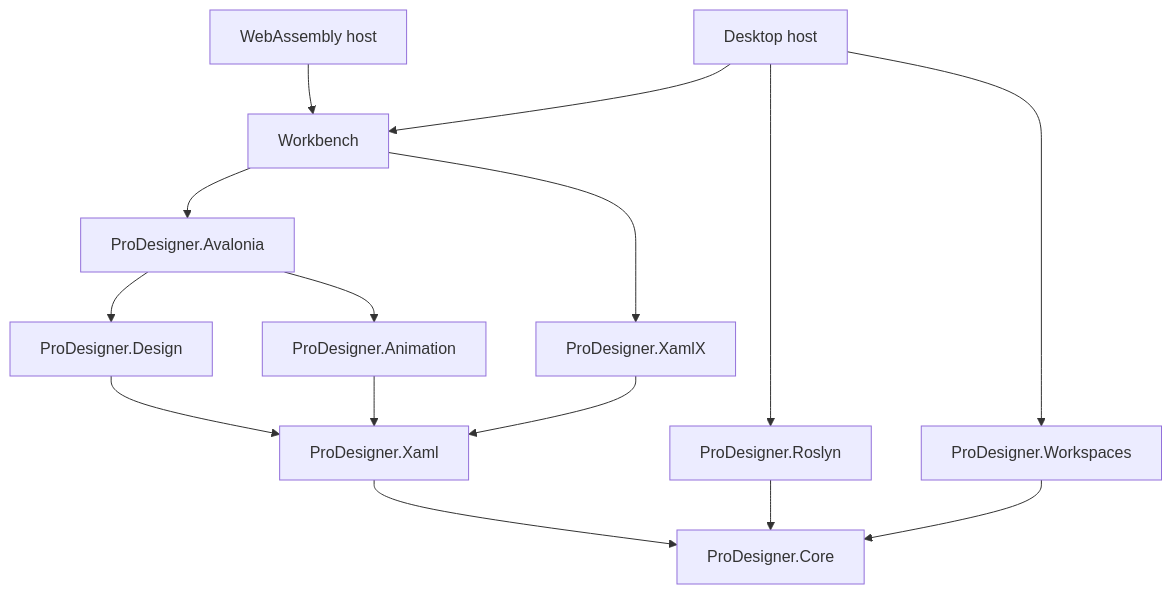
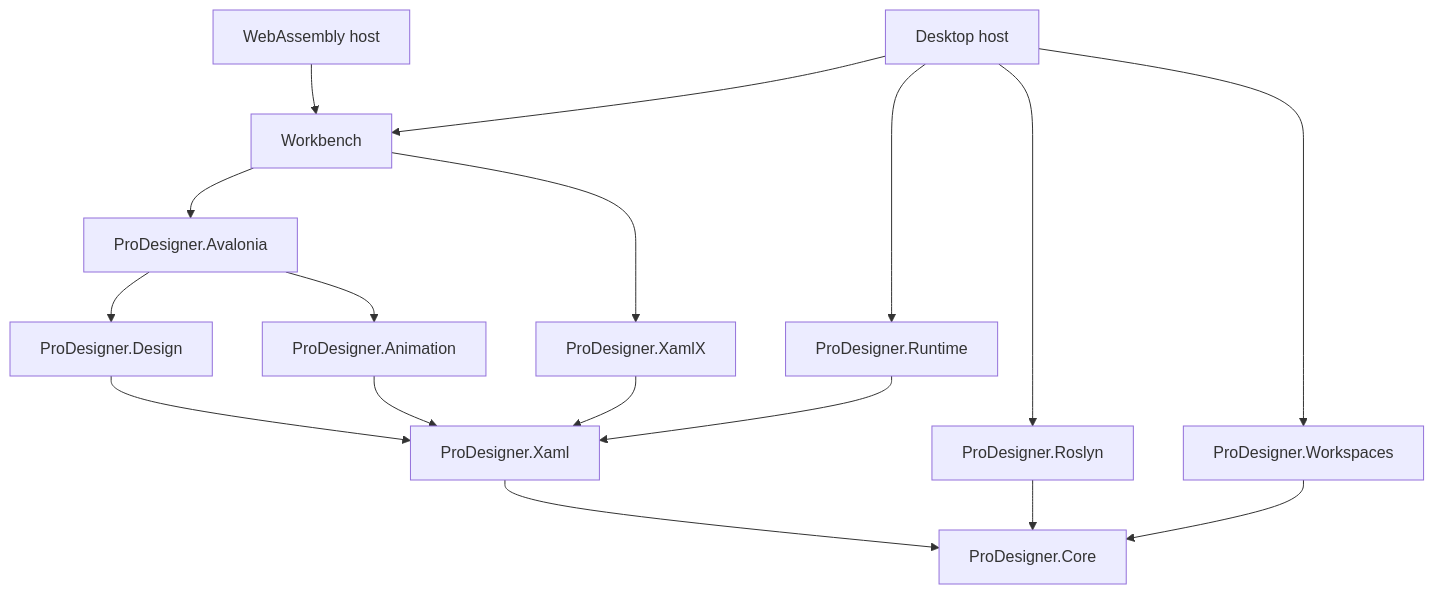
One commit to wieslawsoltes/ProDesigner changed the diagram in docs/architecture.md. Above: the diagram before and after it, drawn with Mermaid. The commit also changed other lines of this file and 45 other files, not shown here.

````diff
--- a/docs/architecture.md
+++ b/docs/architecture.md
@@ -5,17 +5,19 @@
 ```mermaid
 flowchart TD
   Desktop[Desktop host] --> Workbench
   Browser[WebAssembly host] --> Workbench
   Workbench --> Preview[ProDesigner.Avalonia]
   Workbench --> XamlX[ProDesigner.XamlX]
   Preview --> Design[ProDesigner.Design]
   Preview --> Animation[ProDesigner.Animation]
   Design --> Xaml[ProDesigner.Xaml]
   Animation --> Xaml
   XamlX --> Xaml
   Xaml --> Core[ProDesigner.Core]
+  Desktop --> Runtime[ProDesigner.Runtime]
+  Runtime --> Xaml
   Desktop --> Roslyn[ProDesigner.Roslyn]
   Desktop --> Workspaces[ProDesigner.Workspaces]
   Roslyn --> Core
   Workspaces --> Core
 ```
````
